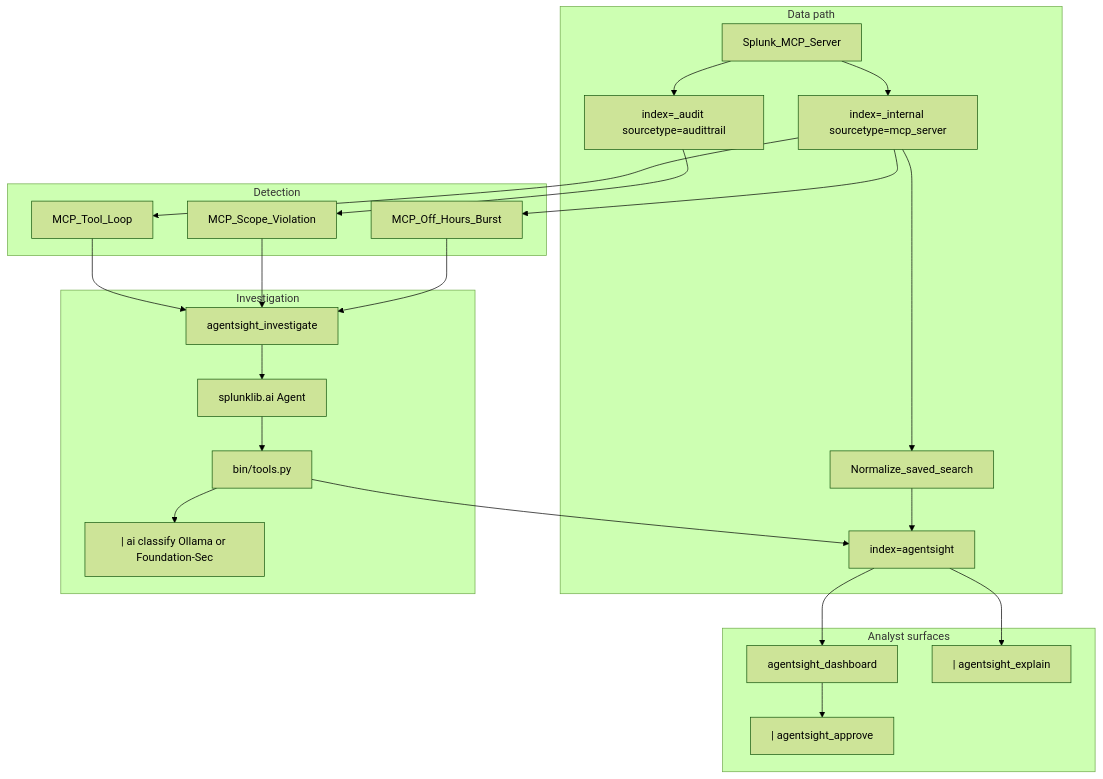
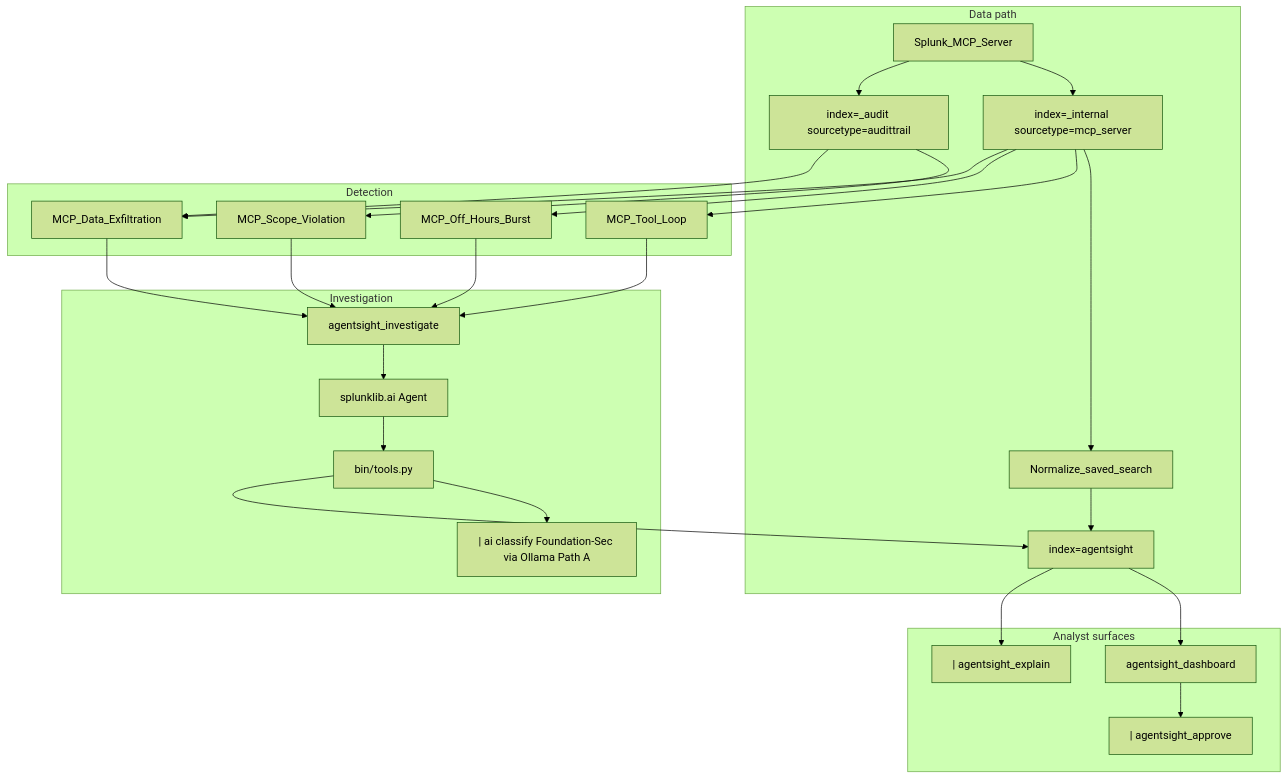
The diagram in ARCHITECTURE.md (prabhakaran-jm/agentsight), drawn with Mermaid (forest theme) before and after one commit. The commit also changed other lines of this file and 9 other files, not shown here.

First line of the commit message:
Add Foundation-Sec Path A, exfil detection, and submission demo docs.

````diff
--- a/ARCHITECTURE.md
+++ b/ARCHITECTURE.md
@@ -9,46 +9,50 @@
 ```mermaid
 flowchart TD
     subgraph ingest [Data path]
         MCP[Splunk_MCP_Server]
         Internal["index=_internal sourcetype=mcp_server"]
         Audit["index=_audit sourcetype=audittrail"]
         NormSS[Normalize_saved_search]
         AgentsightIdx["index=agentsight"]
         MCP --> Internal
         MCP --> Audit
         Internal --> NormSS
         NormSS --> AgentsightIdx
     end
 
     subgraph detect [Detection]
         R1[MCP_Tool_Loop]
         R2[MCP_Scope_Violation]
         R3[MCP_Off_Hours_Burst]
+        R4[MCP_Data_Exfiltration]
         Internal --> R1
         Internal --> R3
         Audit --> R2
+        Audit --> R4
+        Internal --> R4
     end
 
     subgraph investigate [Investigation]
         Alert[agentsight_investigate]
         Tools[bin/tools.py]
         AIAgent["splunklib.ai Agent"]
-        PipeAI["| ai classify Ollama or Foundation-Sec"]
+        PipeAI["| ai classify Foundation-Sec via Ollama Path A"]
         R1 --> Alert
         R2 --> Alert
         R3 --> Alert
+        R4 --> Alert
         Alert --> AIAgent
         AIAgent --> Tools
         Tools --> PipeAI
         Tools --> AgentsightIdx
     end
 
     subgraph analyst [Analyst surfaces]
         Dash[agentsight_dashboard]
         Approve["| agentsight_approve"]
         Explain["| agentsight_explain"]
         AgentsightIdx --> Dash
         Dash --> Approve
         AgentsightIdx --> Explain
     end
 ```
````
